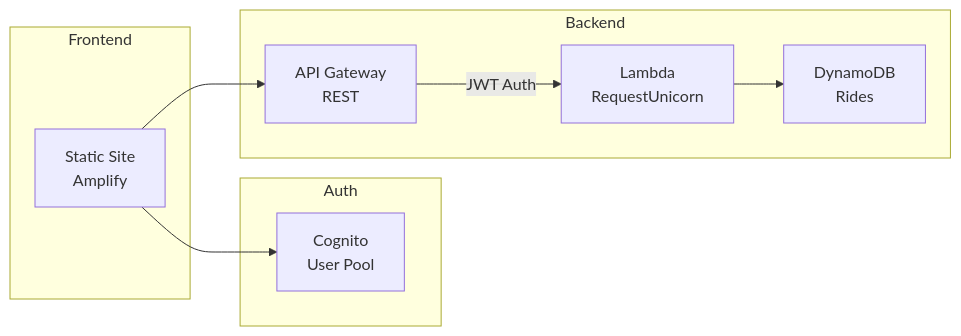
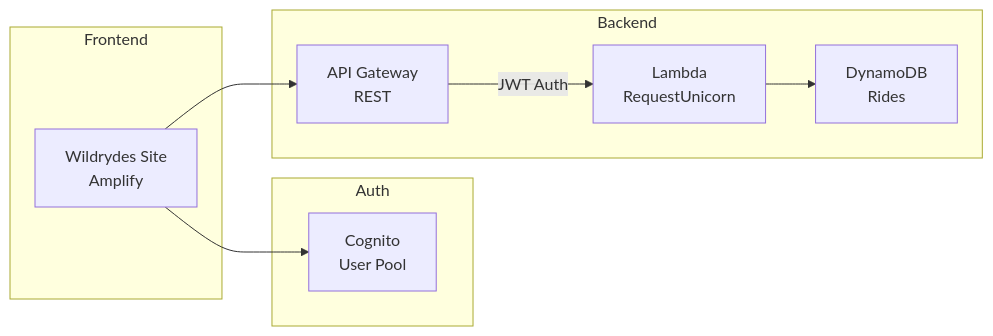
Before and after one commit to mtakca/wildrydes-terraform: the diagram in README.md, drawn with Mermaid.

Commit message:
docs: update static site label in architecture diagram.

````diff
--- a/README.md
+++ b/README.md
@@ -7,19 +7,19 @@
 ```mermaid
 flowchart LR
     subgraph Frontend
-        A[Static Site<br/>Amplify]
+        A[Wildrydes Site<br/>Amplify]
     end
     subgraph Auth
         B[Cognito<br/>User Pool]
     end
     subgraph Backend
         C[API Gateway<br/>REST]
         D[Lambda<br/>RequestUnicorn]
         E[DynamoDB<br/>Rides]
     end
     
     A --> B
     A --> C
     C -->|JWT Auth| D
     D --> E
 ```
````
